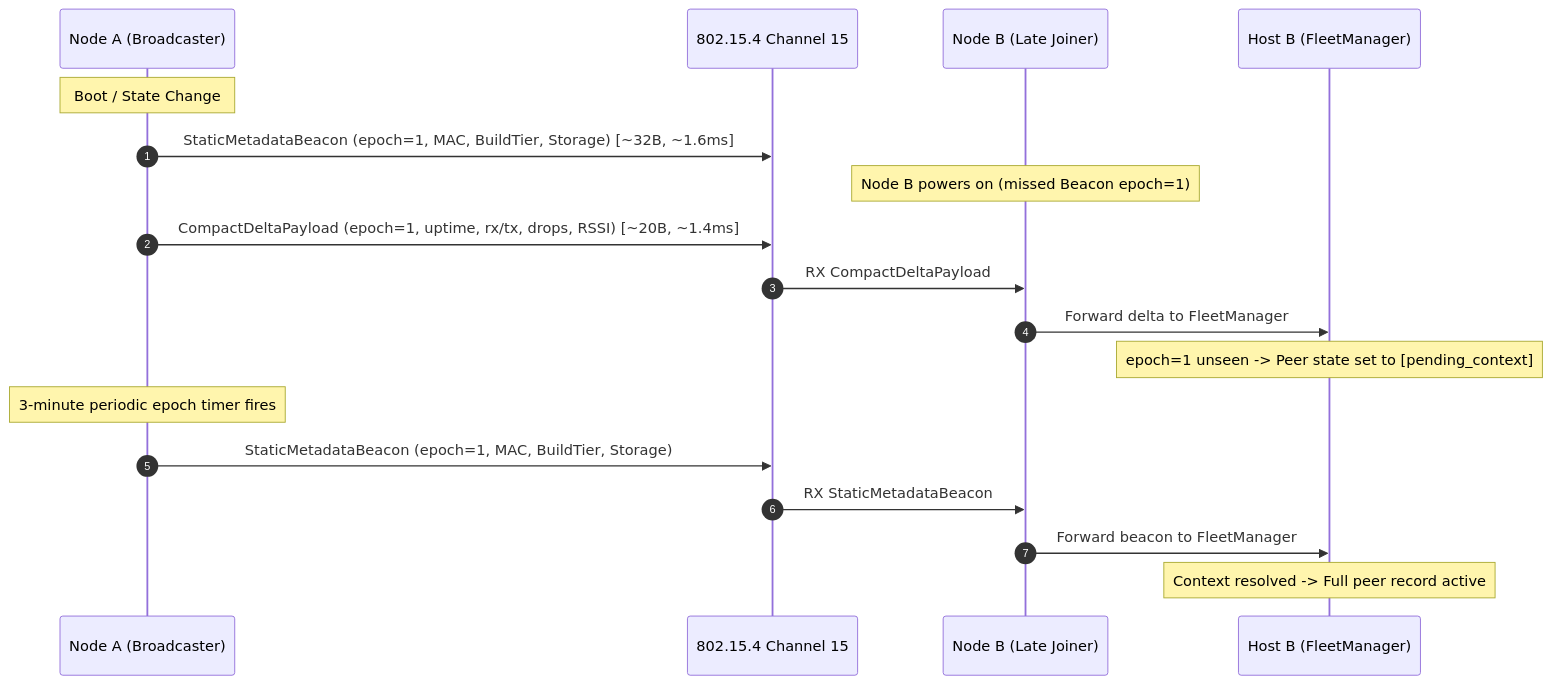
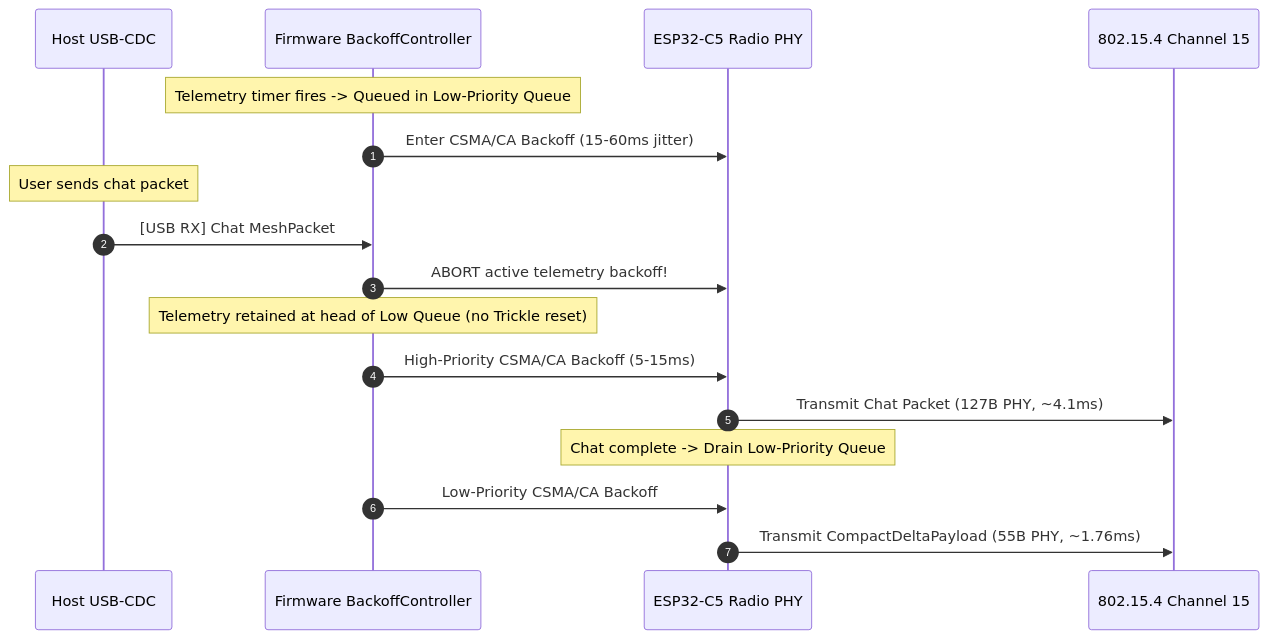
Before and after one commit to derpy4me/gibberish: the second of 2 diagrams in docs/plans/2026-09-26-1414-feat-telemetry-efficiency-and-dual-axis-matrix-plan.md, drawn with Mermaid. The commit also changed other lines of this file and 3 other files, not shown here.

Commit message:
feat(protocol): implement split-cadence telemetry framing, RFC 1982 epoch comparison, and variable PHY serialization (U1)

````diff
--- a/docs/plans/2026-09-26-1414-feat-telemetry-efficiency-and-dual-axis-matrix-plan.md
+++ b/docs/plans/2026-09-26-1414-feat-telemetry-efficiency-and-dual-axis-matrix-plan.md
@@ -65,21 +69,20 @@
 ```mermaid
 sequenceDiagram
     autonumber
-    participant NodeA as Node A (Broadcaster)
+    participant Host as Host USB-CDC
+    participant FW as Firmware BackoffController
+    participant Radio as ESP32-C5 Radio PHY
     participant Air as 802.15.4 Channel 15
-    participant NodeB as Node B (Late Joiner)
-    participant HostB as Host B (FleetManager)
 
-    Note over NodeA: Boot / State Change
-    NodeA->>Air: StaticMetadataBeacon (epoch=1, MAC, BuildTier, Storage) [~32B, ~1.6ms]
-    Note over NodeB: Node B powers on (missed Beacon epoch=1)
-    NodeA->>Air: CompactDeltaPayload (epoch=1, uptime, rx/tx, drops, RSSI) [~20B, ~1.4ms]
-    Air->>NodeB: RX CompactDeltaPayload
-    NodeB->>HostB: Forward delta to FleetManager
-    Note over HostB: epoch=1 unseen -> Peer state set to [pending_context]
-    Note over NodeA: 3-minute periodic epoch timer fires
-    NodeA->>Air: StaticMetadataBeacon (epoch=1, MAC, BuildTier, Storage)
-    Air->>NodeB: RX StaticMetadataBeacon
-    NodeB->>HostB: Forward beacon to FleetManager
-    Note over HostB: Context resolved -> Full peer record active
+    Note over FW: Telemetry timer fires -> Queued in Low-Priority Queue
+    FW->>Radio: Enter CSMA/CA Backoff (15-60ms jitter)
+    Note over Host: User sends chat packet
+    Host->>FW: [USB RX] Chat MeshPacket
+    FW->>Radio: ABORT active telemetry backoff!
+    Note over FW: Telemetry retained at head of Low Queue (no Trickle reset)
+    FW->>Radio: High-Priority CSMA/CA Backoff (5-15ms)
+    Radio->>Air: Transmit Chat Packet (127B PHY, ~4.1ms)
+    Note over Radio: Chat complete -> Drain Low-Priority Queue
+    FW->>Radio: Low-Priority CSMA/CA Backoff
+    Radio->>Air: Transmit CompactDeltaPayload (55B PHY, ~1.76ms)
 ```
````
